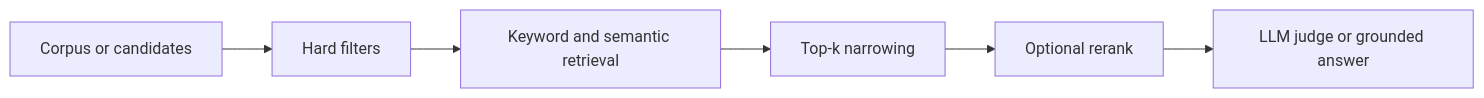
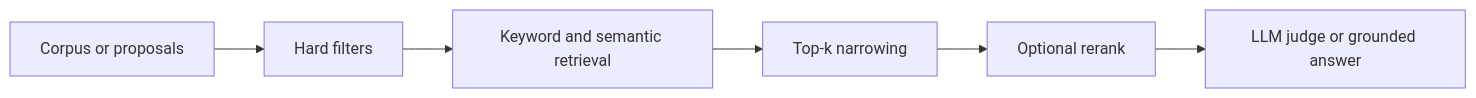
The diagram in README.md (SaqlainXoas/llm-system-patterns), drawn with Mermaid before and after one commit. The commit also changed other lines of this file and 27 other files, not shown here.

````diff
--- a/README.md
+++ b/README.md
@@ -31,8 +31,8 @@
 ```mermaid
 flowchart LR
-  A[Corpus or candidates] --> B[Hard filters]
+  A[Corpus or proposals] --> B[Hard filters]
   B --> C[Keyword and semantic retrieval]
   C --> D[Top-k narrowing]
   D --> E[Optional rerank]
   E --> F[LLM judge or grounded answer]
 ```
````
